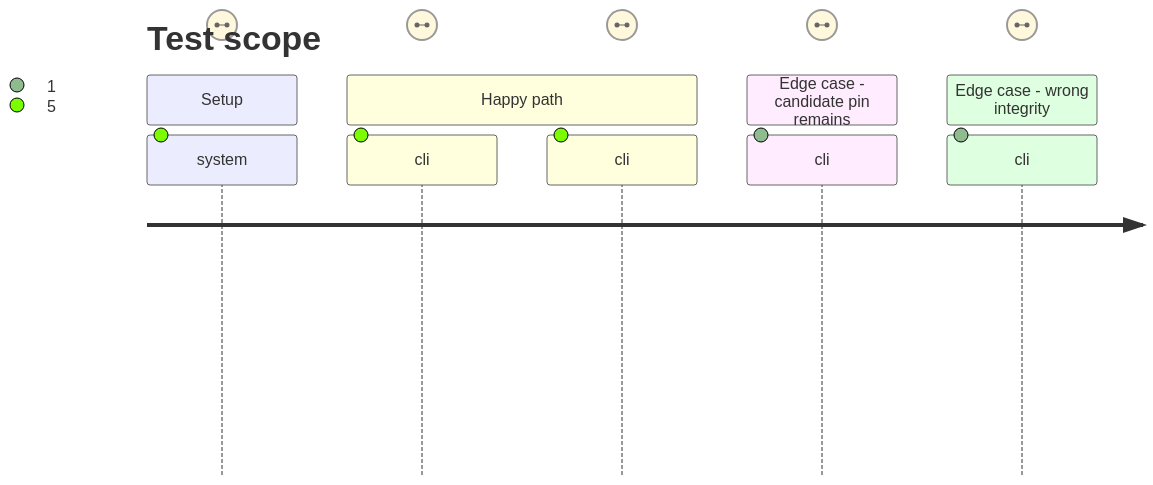
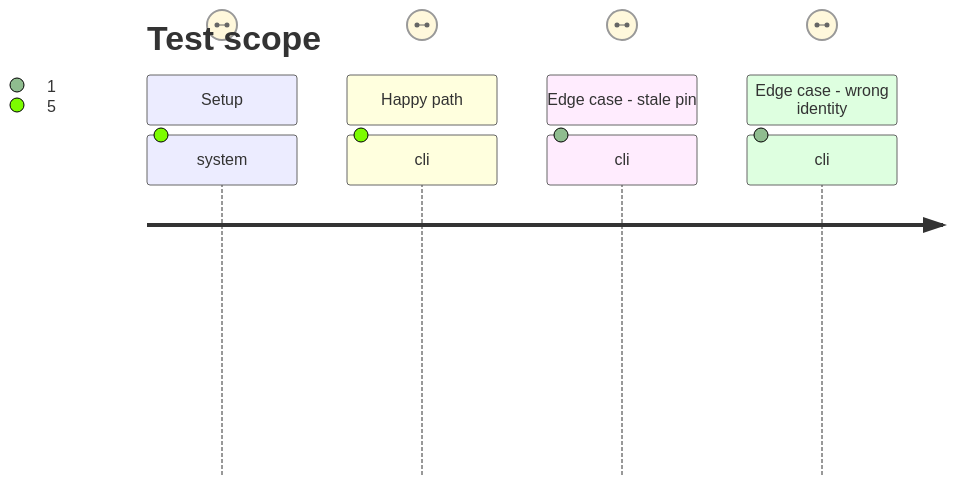
One commit to RebelliousSmile/schema-adrenaline changed the second of 2 diagrams in aidd_docs/tasks/2026_09/2026_09_27_canonical-final-convergence/phase-2.md. Above: the diagram before and after it, drawn with Mermaid. The commit also changed other lines of this file and 6 other files, not shown here.

Commit message:
feat(release): add provider final convergence gate

````diff
--- a/aidd_docs/tasks/2026_09/2026_09_27_canonical-final-convergence/phase-2.md
+++ b/aidd_docs/tasks/2026_09/2026_09_27_canonical-final-convergence/phase-2.md
@@ -37,15 +34,14 @@
 ```mermaid
 ---
 title: Test scope
 ---
 journey
   section Setup
-    system: use published v2.6.0 final URL and manifest SRI => consumer inputs fixed: 5: cli
+    system: use a fixture final record and two fixture proofs => provider can test the gate before consumer delivery: 5: cli
   section Happy path
-    cli: run Lantern frozen install and Vite assertion => final URL and SRI resolve at full commit: 5: cli
-    cli: run Handbook frozen install and rendering/TOML assertion => final URL and SRI resolve at full commit: 5: cli
-  section Edge case - candidate pin remains
-    cli: leave RC URL in either lockfile => final adoption assertion fails: 1: cli
-  section Edge case - wrong integrity
-    cli: change lockfile SRI => final adoption assertion fails: 1: cli
+    cli: run provider check and final gate fixtures => canonical artifact and both exact consumer proofs accepted: 5: cli
+  section Edge case - stale pin
+    cli: provide RC URL in a consumer proof => provider rejects convergence: 1: cli
+  section Edge case - wrong identity
+    cli: provide mutable ref, wrong commit, missing consumer or wrong SRI => provider rejects convergence: 1: cli
 ```
````
